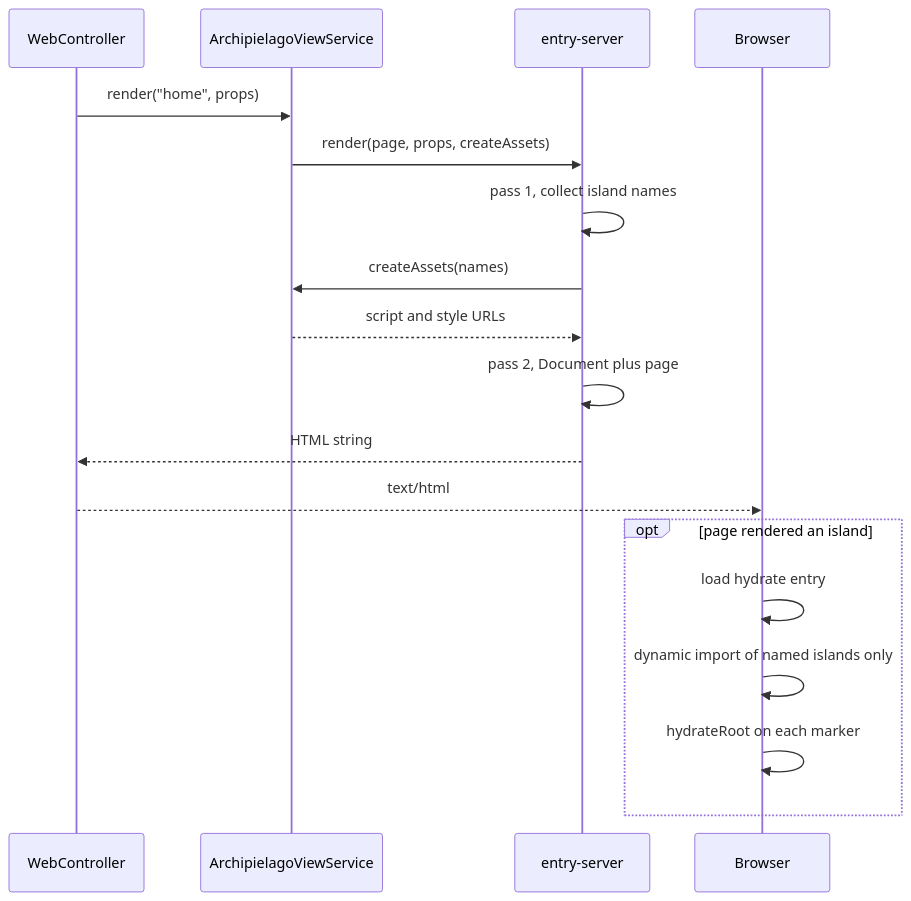
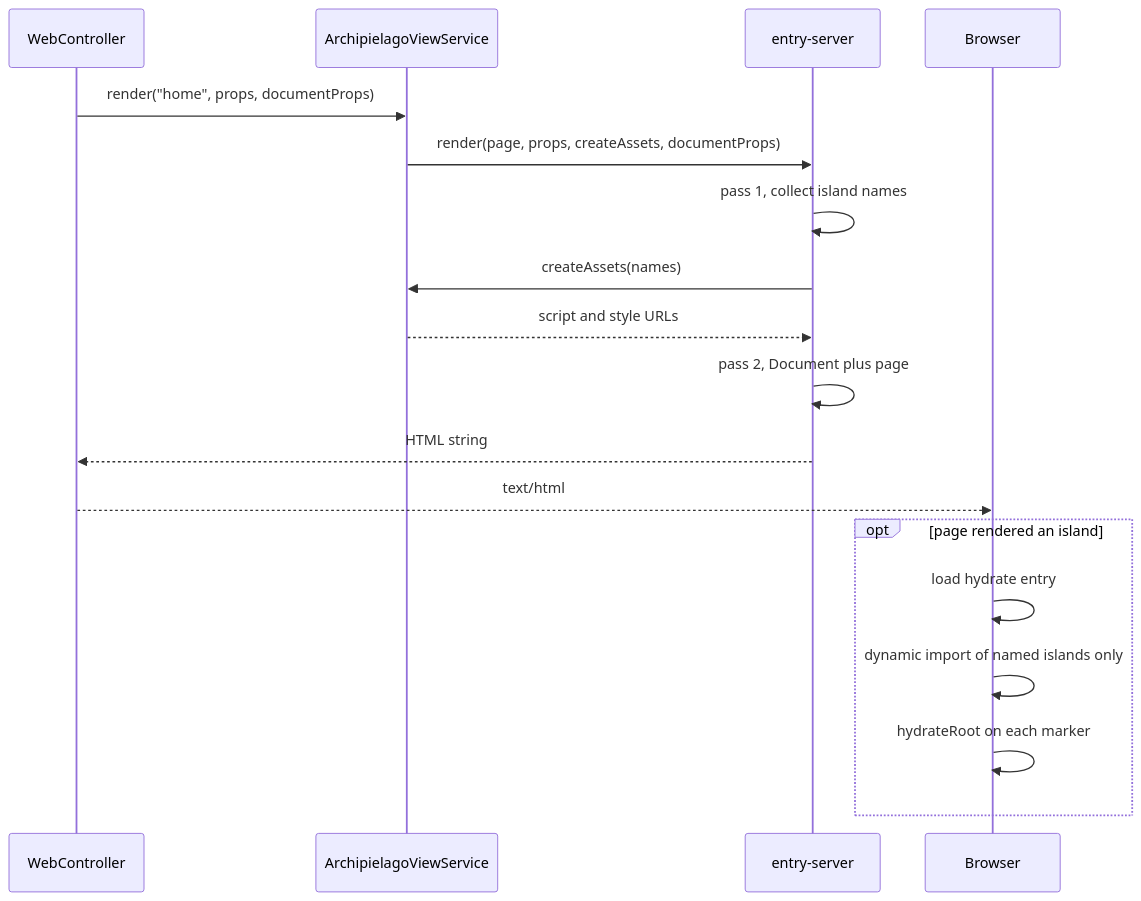
Before and after one commit to isaaclfelix/archipielago: the fifth of 6 diagrams in examples/nestjs/docs/architecture.md, drawn with Mermaid. The commit also changed other lines of this file and 5 other files, not shown here.

First line of the commit message:
docs(archipielago): record host document props on the SSR entry

````diff
--- a/examples/nestjs/docs/architecture.md
+++ b/examples/nestjs/docs/architecture.md
@@ -269,20 +269,20 @@
 ```mermaid
 sequenceDiagram
   participant W as WebController
   participant V as ArchipielagoViewService
   participant E as entry-server
   participant B as Browser
-  W->>V: render("home", props)
-  V->>E: render(page, props, createAssets)
+  W->>V: render("home", props, documentProps)
+  V->>E: render(page, props, createAssets, documentProps)
   E->>E: pass 1, collect island names
   E->>V: createAssets(names)
   V-->>E: script and style URLs
   E->>E: pass 2, Document plus page
   E-->>W: HTML string
   W-->>B: text/html
   opt page rendered an island
     B->>B: load hydrate entry
     B->>B: dynamic import of named islands only
     B->>B: hydrateRoot on each marker
   end
 ```
````
